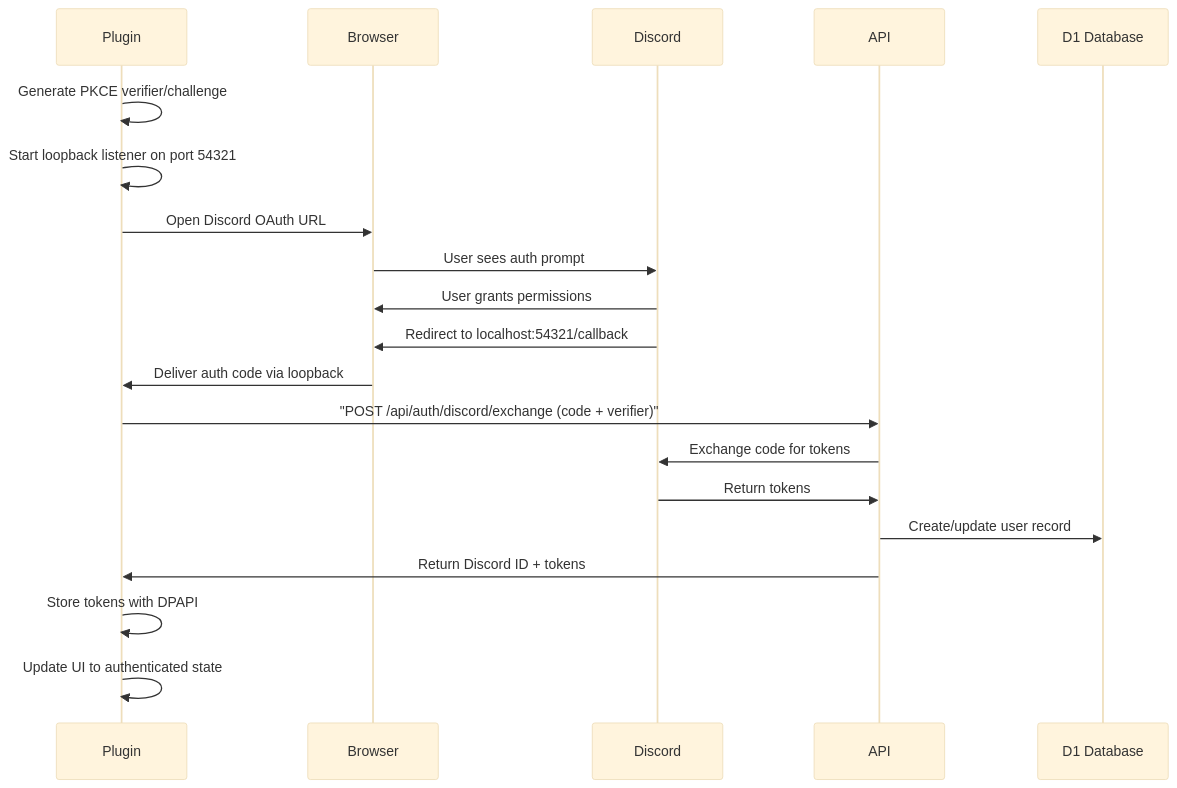
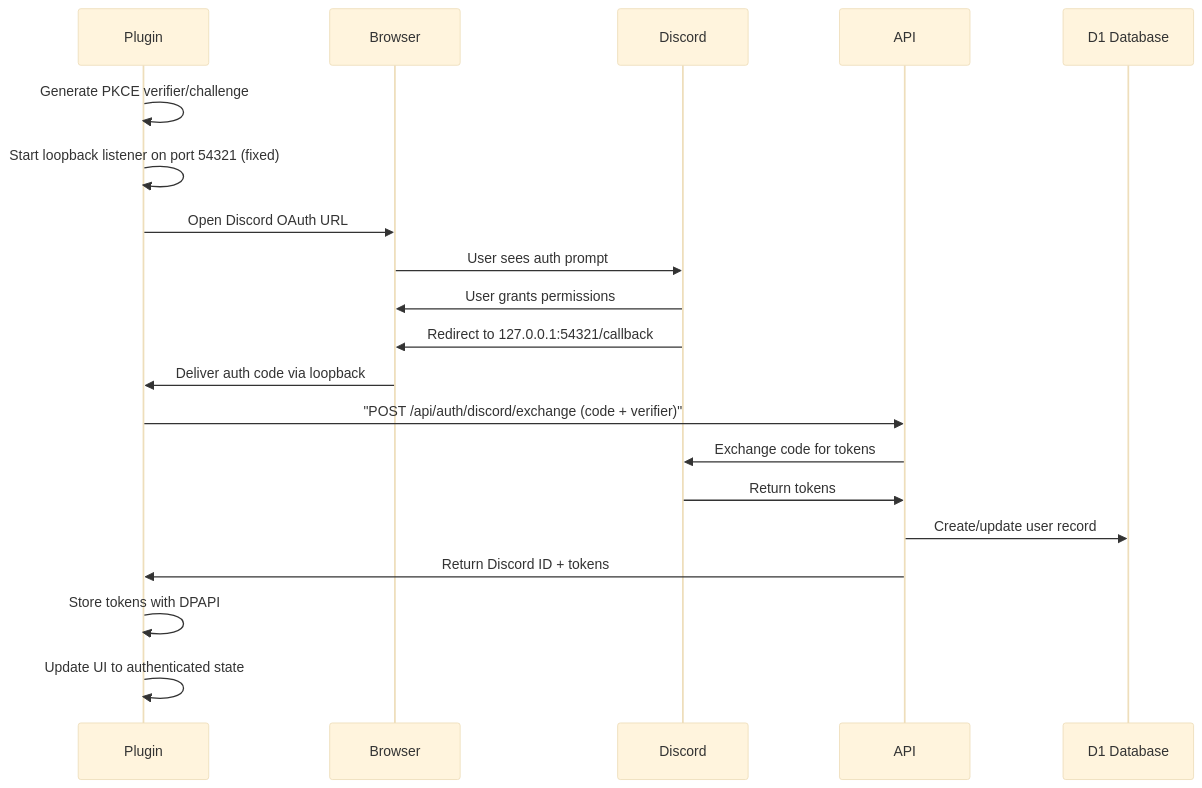
Before and after one commit to wgutmann/win-podiums-com: the second of 4 diagrams in docs/design/integrations/discord-integration.md, drawn with Mermaid (base theme). The commit also changed other lines of this file and 17 other files, not shown here.

````diff
--- a/docs/design/integrations/discord-integration.md
+++ b/docs/design/integrations/discord-integration.md
@@ -42,23 +44,23 @@
 ```mermaid
 sequenceDiagram
     participant Plugin
     participant Browser
     participant Discord
     participant API
     participant DB as D1 Database
 
     Plugin->>Plugin: Generate PKCE verifier/challenge
-    Plugin->>Plugin: Start loopback listener on port 54321
+    Plugin->>Plugin: Start loopback listener on port 54321 (fixed)
     Plugin->>Browser: Open Discord OAuth URL
     Browser->>Discord: User sees auth prompt
     Discord->>Browser: User grants permissions
-    Discord->>Browser: Redirect to localhost:54321/callback
+    Discord->>Browser: Redirect to 127.0.0.1:54321/callback
     Browser->>Plugin: Deliver auth code via loopback
     Plugin->>API: "POST /api/auth/discord/exchange (code + verifier)"
     API->>Discord: Exchange code for tokens
     Discord->>API: Return tokens
     API->>DB: Create/update user record
     API->>Plugin: Return Discord ID + tokens
     Plugin->>Plugin: Store tokens with DPAPI
     Plugin->>Plugin: Update UI to authenticated state
 ```
````
